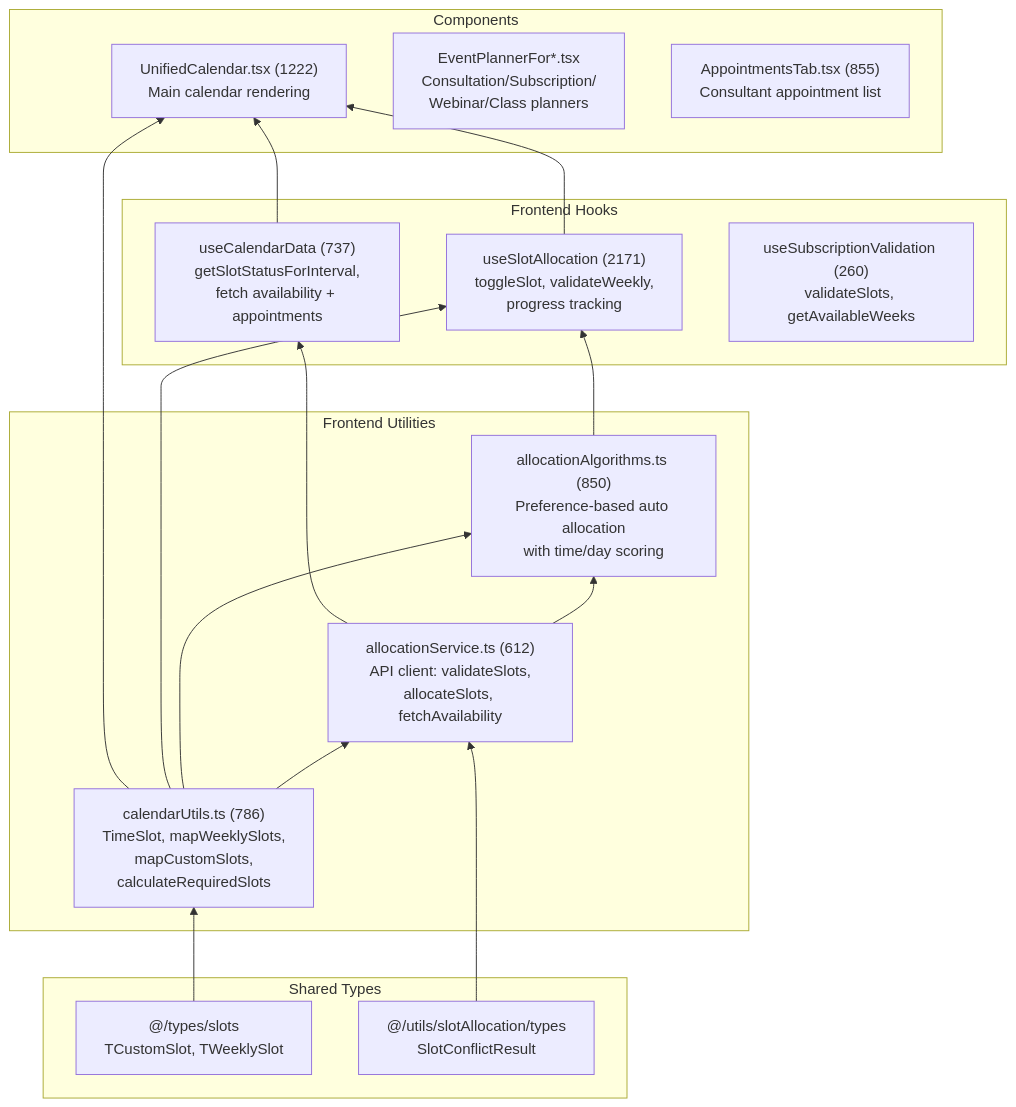
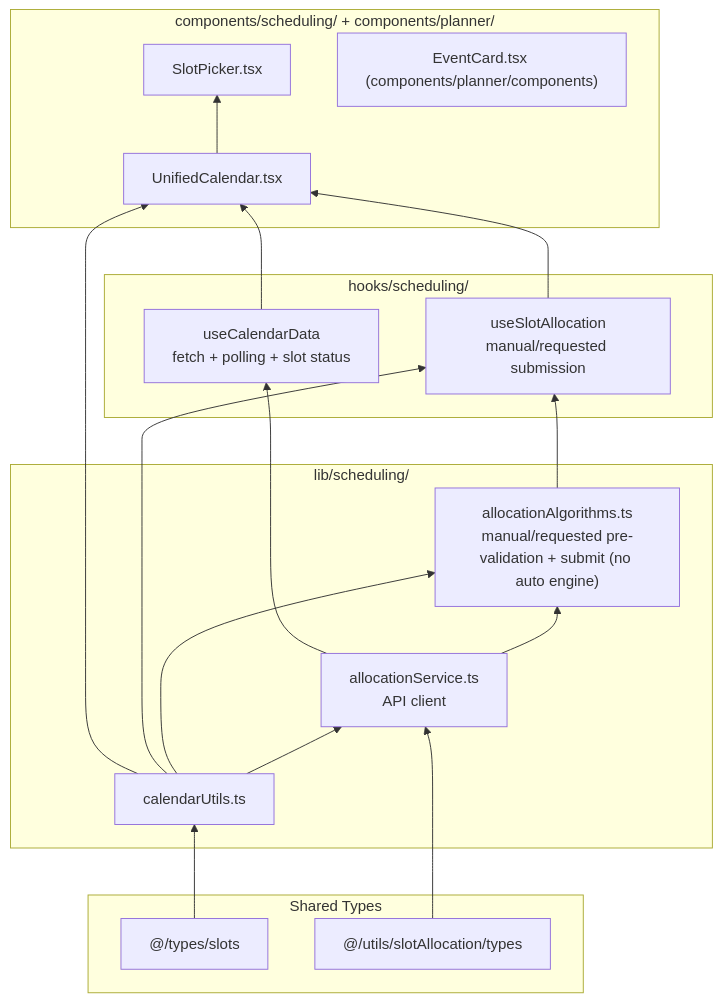
One commit to Practitionist/familiarise_web changed the third of 6 diagrams in docs/booking/06-dependency-graphs.md. Above: the diagram before and after it, drawn with Mermaid. The commit also changed other lines of this file and 25 other files, not shown here.

First line of the commit message:
docs(booking): wave-5 docs refresh — checklist, README, dependency graph, ADR 16 wording, superseded payment docs, dead-code sweep (#1335)

````diff
--- a/docs/booking/06-dependency-graphs.md
+++ b/docs/booking/06-dependency-graphs.md
@@ -105,37 +113,37 @@
 ```mermaid
 flowchart BT
   subgraph shared_types ["Shared Types"]
-    ST["@/types/slots\nTCustomSlot, TWeeklySlot"]
-    BT2["@/utils/slotAllocation/types\nSlotConflictResult"]
+    ST["@/types/slots"]
+    BT2["@/utils/slotAllocation/types"]
   end
 
-  subgraph utils ["Frontend Utilities"]
-    CU["calendarUtils.ts (786)\nTimeSlot, mapWeeklySlots,\nmapCustomSlots,\ncalculateRequiredSlots"]
-    AS["allocationService.ts (612)\nAPI client: validateSlots,\nallocateSlots, fetchAvailability"]
-    AA["allocationAlgorithms.ts (850)\nPreference-based auto allocation\nwith time/day scoring"]
+  subgraph utils ["lib/scheduling/"]
+    CU["calendarUtils.ts"]
+    AS["allocationService.ts\nAPI client"]
+    AA["allocationAlgorithms.ts\nmanual/requested pre-validation + submit (no auto engine)"]
   end
 
-  subgraph hooks ["Frontend Hooks"]
-    USA["useSlotAllocation (2171)\ntoggleSlot, validateWeekly,\nprogress tracking"]
-    UCD["useCalendarData (737)\ngetSlotStatusForInterval,\nfetch availability + appointments"]
-    USV["useSubscriptionValidation (260)\nvalidateSlots, getAvailableWeeks"]
+  subgraph hooks ["hooks/scheduling/"]
+    USA["useSlotAllocation\nmanual/requested submission"]
+    UCD["useCalendarData\nfetch + polling + slot status"]
   end
 
-  subgraph components ["Components"]
-    UC["UnifiedCalendar.tsx (1222)\nMain calendar rendering"]
-    EP["EventPlannerFor*.tsx\nConsultation/Subscription/\nWebinar/Class planners"]
-    AT["AppointmentsTab.tsx (855)\nConsultant appointment list"]
+  subgraph components ["components/scheduling/ + components/planner/"]
+    UC["UnifiedCalendar.tsx"]
+    SP["SlotPicker.tsx"]
+    EC["EventCard.tsx (components/planner/components)"]
   end
 
   ST --> CU
   BT2 --> AS
   CU --> AS
   CU --> AA
   AS --> AA
   CU --> USA
   AA --> USA
   AS --> UCD
   UCD --> UC
   USA --> UC
   CU --> UC
+  UC --> SP
 ```
````
